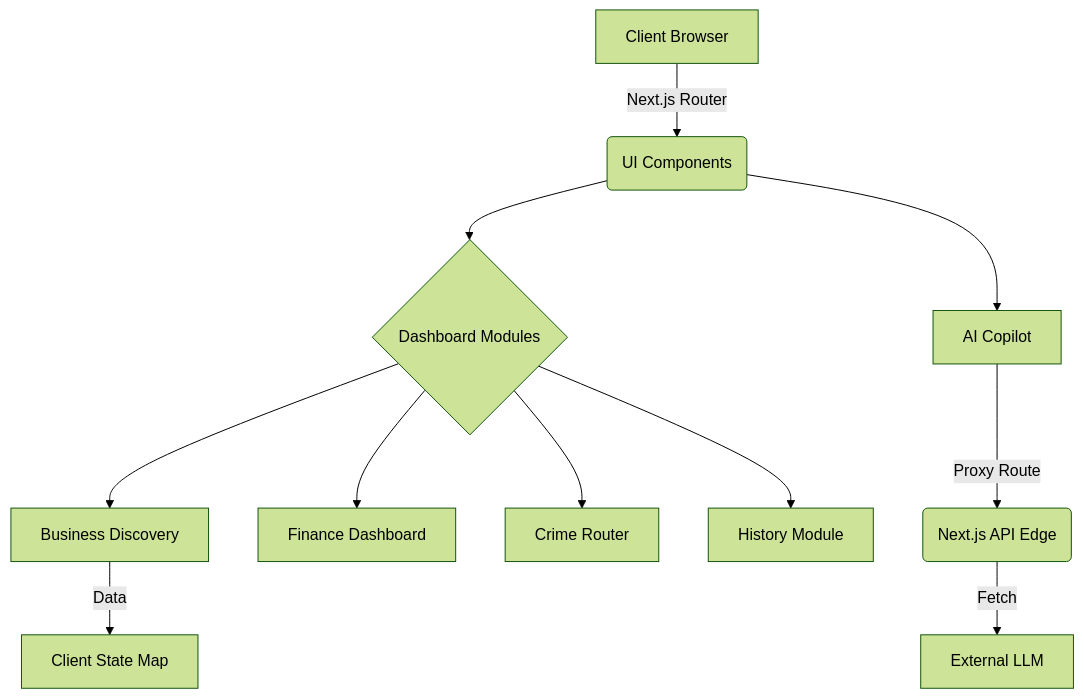
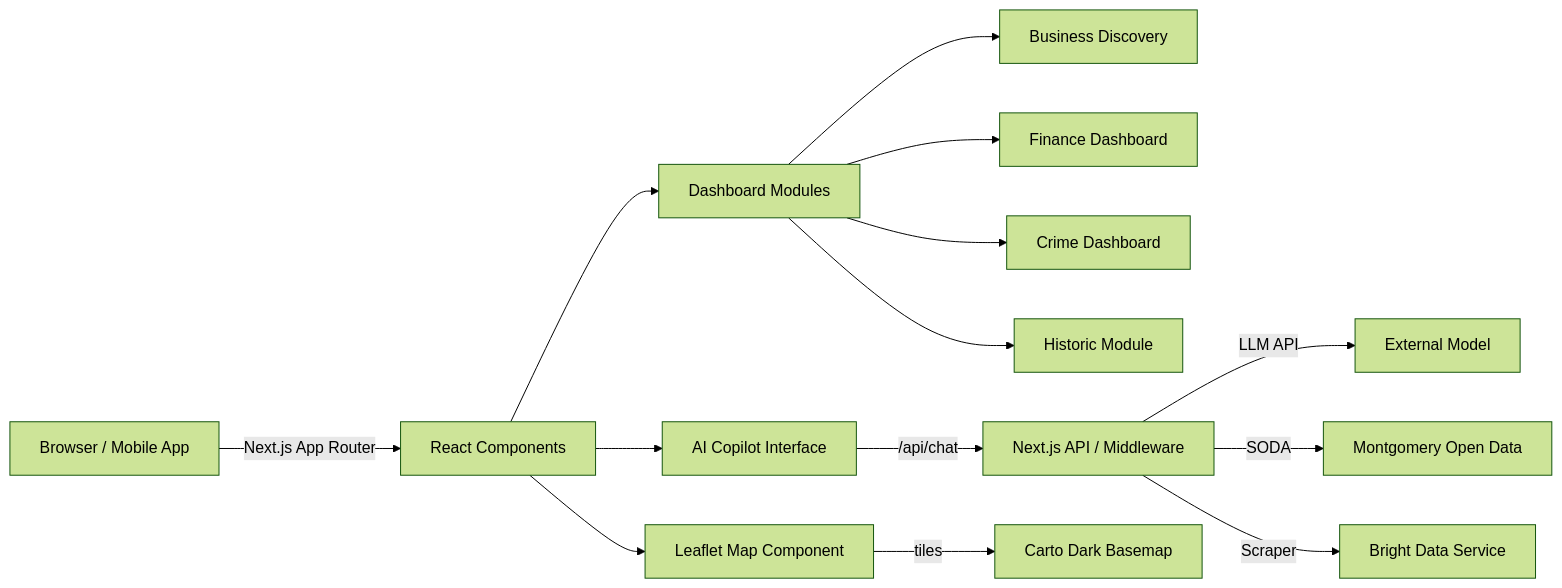
Before and after one commit to RyanMorgue/GenAI.worksHackathon-Montgomery_Atlas: the diagram in docs/ARCHITECTURE.md, drawn with Mermaid (forest theme). The commit also changed other lines of this file and 22 other files, not shown here.

````diff
--- a/docs/ARCHITECTURE.md
+++ b/docs/ARCHITECTURE.md
@@ -15,13 +15,17 @@
 ```mermaid
-graph TD;
-    A[Client Browser] -->|Next.js Router| B(UI Components)
-    B --> C{Dashboard Modules}
-    C --> D[Business Discovery]
-    C --> E[Finance Dashboard]
-    C --> F[Crime Router]
-    C --> G[History Module]
-    B --> H[AI Copilot]
-    H -->|Proxy Route| I(Next.js API Edge)
-    I -->|Fetch| J[External LLM]
-    D -->|Data| K[Client State Map]
+flowchart LR
+    Client[Browser / Mobile App]
+    Client -->|Next.js App Router| UI[React Components]
+    UI --> Module[Dashboard Modules]
+    Module --> Business[Business Discovery]
+    Module --> Finance[Finance Dashboard]
+    Module --> Crime[Crime Dashboard]
+    Module --> History[Historic Module]
+    UI --> Copilot[AI Copilot Interface]
+    Copilot -->|/api/chat| Backend[Next.js API / Middleware]
+    Backend -->|LLM API| LLM[External Model]
+    Backend -->|SODA| OpenData[Montgomery Open Data]
+    Backend -->|Scraper| BrightData[Bright Data Service]
+    UI --> Map[Leaflet Map Component]
+    Map -->|tiles| Carto[Carto Dark Basemap]
 ```
````
